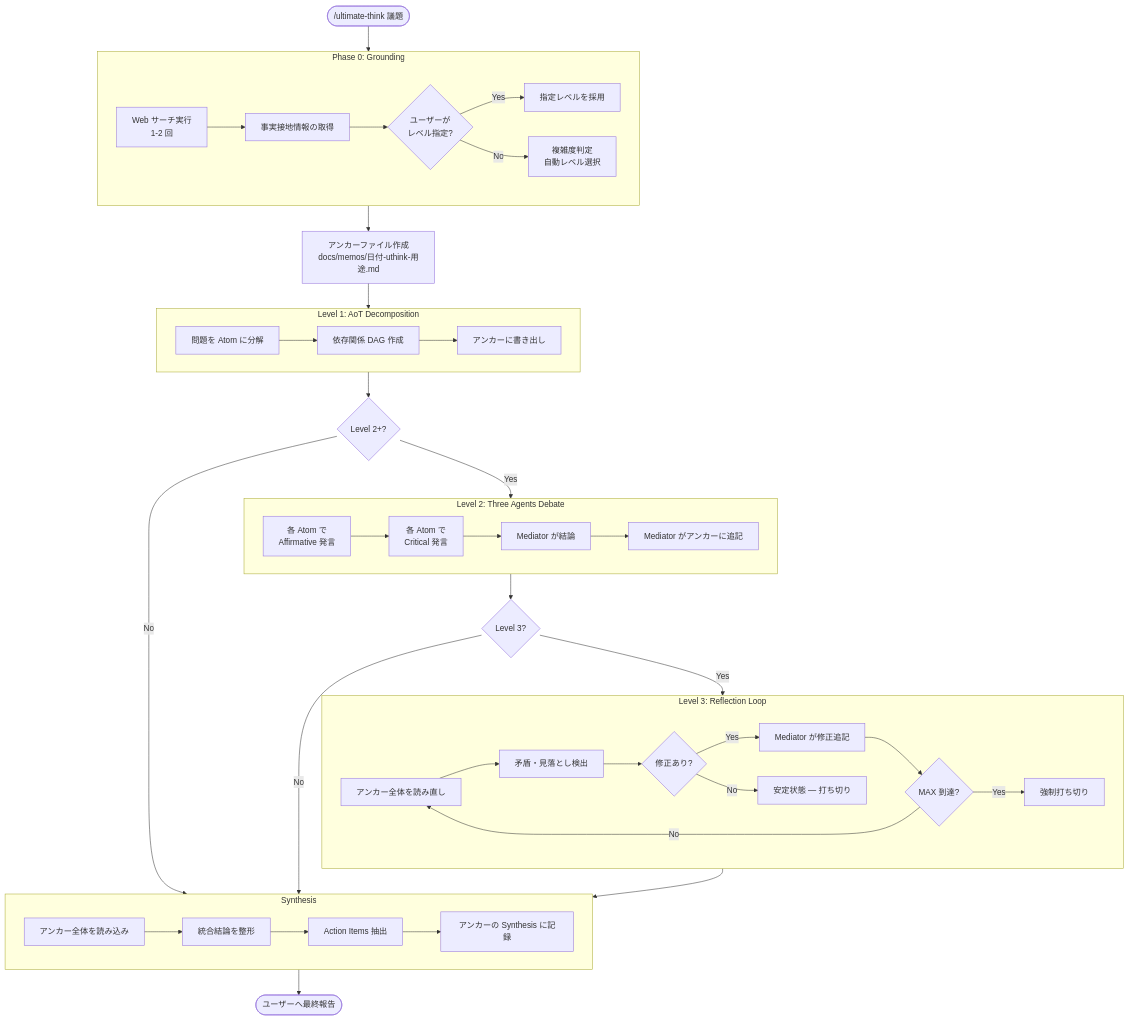
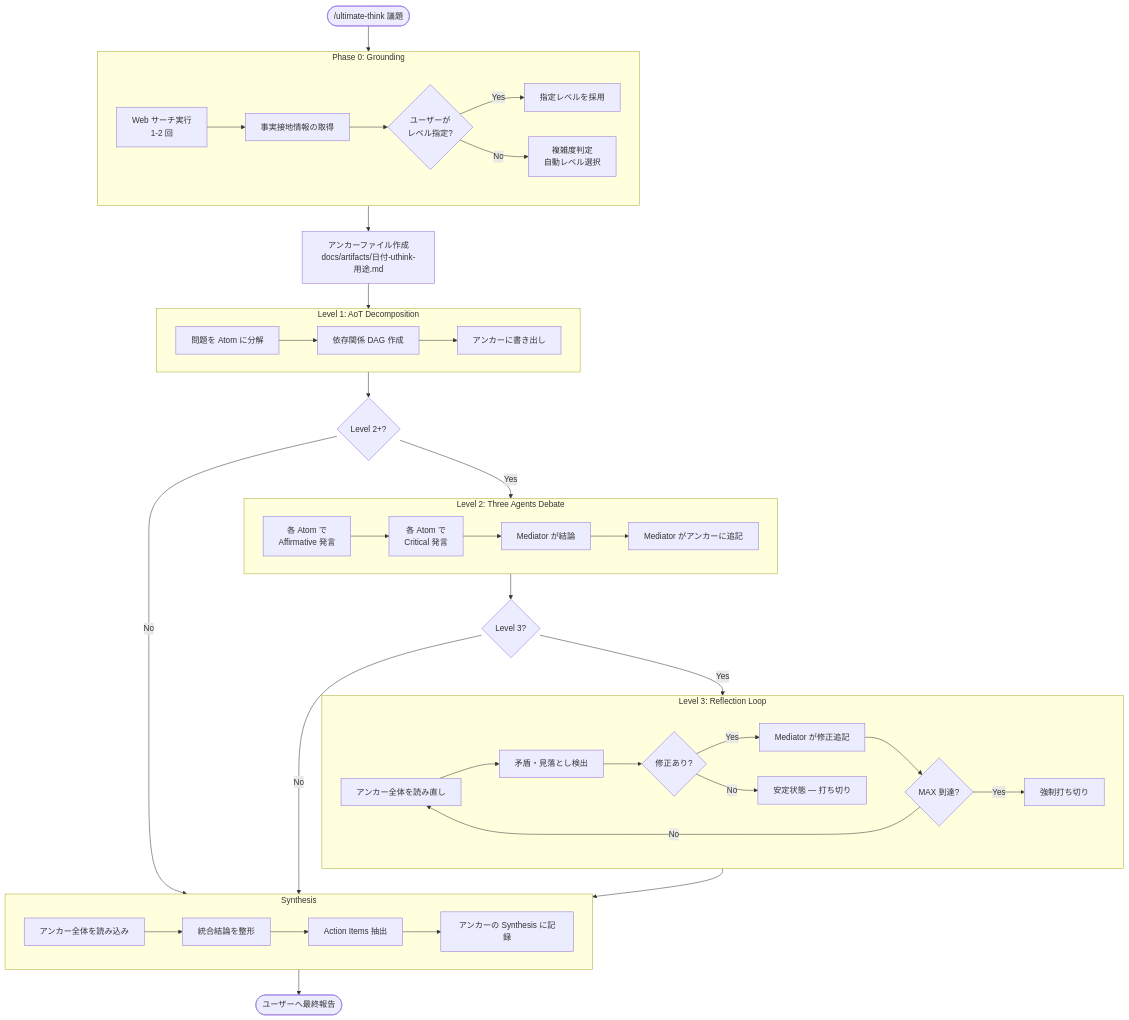
One commit to sougetuOte/LivingArchitectModel changed the second of 2 diagrams in docs/specs/ultimate-think.md. Above: the diagram before and after it, drawn with Mermaid. The commit also changed other lines of this file and 13 other files, not shown here.

First line of the commit message:
refactor: コマンド/スキル出力先を docs/memos/ → docs/artifacts/ に分離

````diff
--- a/docs/specs/ultimate-think.md
+++ b/docs/specs/ultimate-think.md
@@ -284,54 +284,54 @@
 ```mermaid
 flowchart TD
     Start(["/ultimate-think 議題"]) --> P0
 
     subgraph P0["Phase 0: Grounding"]
         P0a[Web サーチ実行<br/>1-2 回] --> P0b[事実接地情報の取得]
         P0b --> P0c{ユーザーが<br/>レベル指定?}
         P0c -->|Yes| P0d[指定レベルを採用]
         P0c -->|No| P0e[複雑度判定<br/>自動レベル選択]
     end
 
-    P0 --> Anchor[アンカーファイル作成<br/>docs/memos/日付-uthink-用途.md]
+    P0 --> Anchor[アンカーファイル作成<br/>docs/artifacts/日付-uthink-用途.md]
 
     Anchor --> L1
 
     subgraph L1["Level 1: AoT Decomposition"]
         L1a[問題を Atom に分解] --> L1b[依存関係 DAG 作成]
         L1b --> L1c[アンカーに書き出し]
     end
 
     L1 --> Check1{Level 2+?}
     Check1 -->|No| Synth
     Check1 -->|Yes| L2
 
     subgraph L2["Level 2: Three Agents Debate"]
         L2a[各 Atom で<br/>Affirmative 発言] --> L2b[各 Atom で<br/>Critical 発言]
         L2b --> L2c[Mediator が結論]
         L2c --> L2d[Mediator がアンカーに追記]
     end
 
     L2 --> Check2{Level 3?}
     Check2 -->|No| Synth
     Check2 -->|Yes| L3
 
     subgraph L3["Level 3: Reflection Loop"]
         L3a[アンカー全体を読み直し] --> L3b[矛盾・見落とし検出]
         L3b --> L3c{修正あり?}
         L3c -->|Yes| L3d[Mediator が修正追記]
         L3d --> L3e{MAX 到達?}
         L3e -->|No| L3a
         L3e -->|Yes| L3f[強制打ち切り]
         L3c -->|No| L3g[安定状態 — 打ち切り]
     end
 
     L3 --> Synth
 
     subgraph Synth["Synthesis"]
         S1[アンカー全体を読み込み] --> S2[統合結論を整形]
         S2 --> S3[Action Items 抽出]
         S3 --> S4[アンカーの Synthesis に記録]
     end
 
     Synth --> End([ユーザーへ最終報告])
 ```
````
